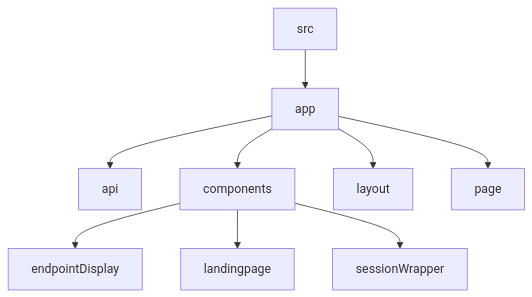
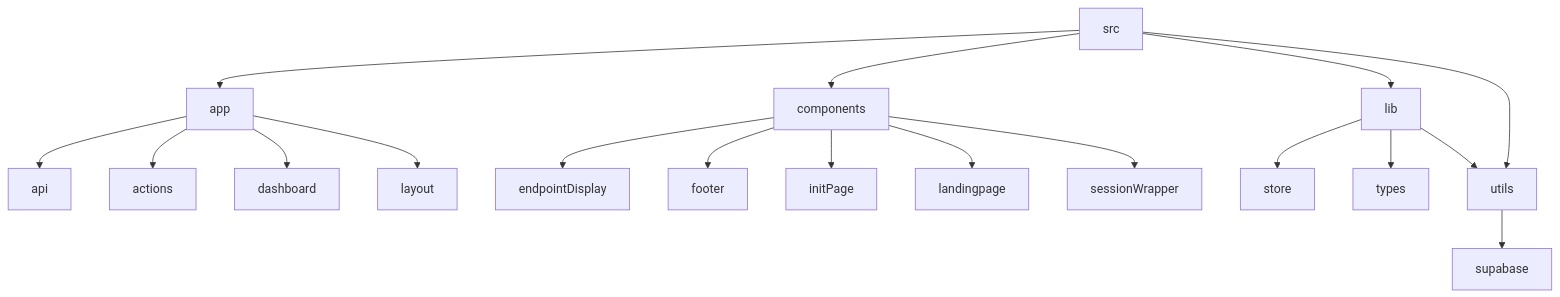
The diagram in README.md (abhraneeldhar7/no-sleep-app), drawn with Mermaid before and after one commit. The commit also changed other lines of this file, not shown here.

````diff
--- a/README.md
+++ b/README.md
@@ -24,11 +25,20 @@
 ```mermaid
 graph TD;
- src-->app;
- app-->api;
- app-->components;
- app-->layout;
- app-->page;
- components-->endpointDisplay;
- components-->landingpage;
- components-->sessionWrapper;
+src-->app;
+src-->components;
+src-->lib;
+src-->utils;
+app-->api;
+app-->actions;
+app-->dashboard;
+app-->layout;
+components-->endpointDisplay;
+components-->footer;
+components-->initPage;
+components-->landingpage;
+components-->sessionWrapper;
+lib-->store;
+lib-->types;
+lib-->utils;
+utils-->supabase;
 ```
````
